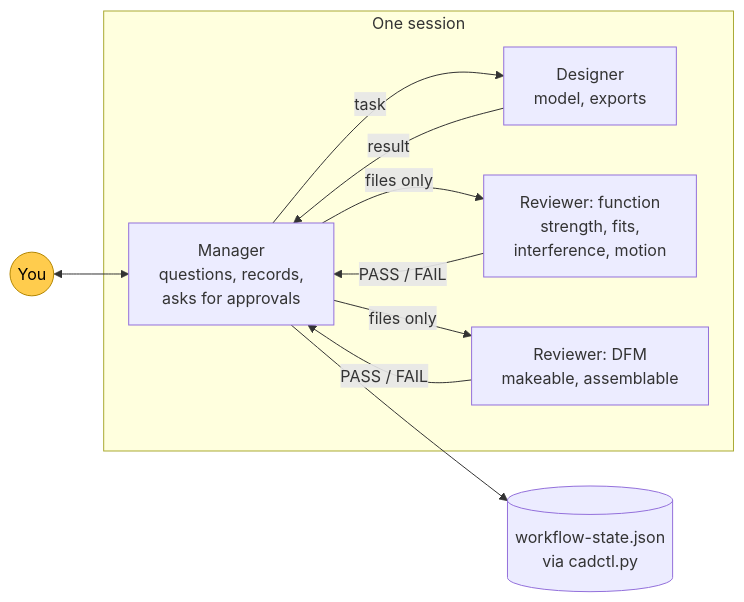
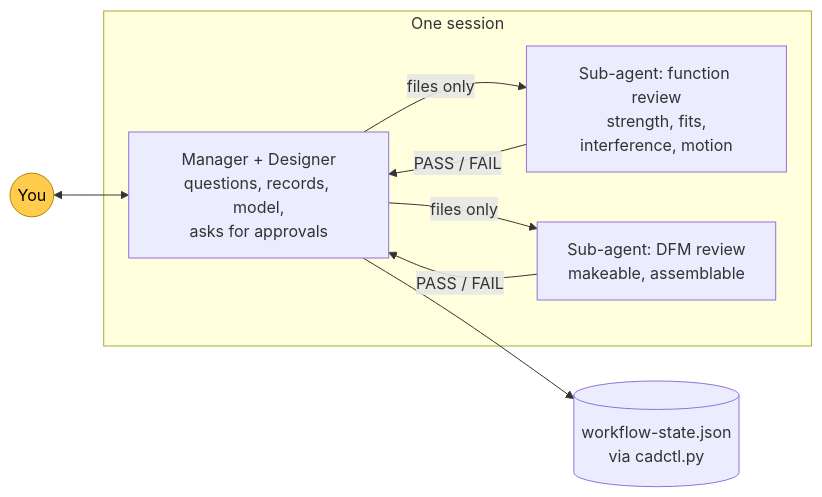
Before and after one commit to d0ukan/cad-for-anything: the second of 5 diagrams in README.md, drawn with Mermaid. The commit also changed other lines of this file and 8 other files, not shown here.

Commit message:
v0.6.1: lower token use (reviews-only sub-agents, CAD access in rules/06, shorter ROLES)

````diff
--- a/README.md
+++ b/README.md
@@ -97,16 +98,14 @@
 ```mermaid
 flowchart LR
-    U((You)) <--> M[Manager<br/>questions, records,<br/>asks for approvals]
+    U((You)) <--> M[Manager + Designer<br/>questions, records, model,<br/>asks for approvals]
     subgraph S[One session]
         M
-        M -- task --> D[Designer<br/>model, exports]
-        M -- files only --> RF[Reviewer: function<br/>strength, fits,<br/>interference, motion]
-        M -- files only --> RD[Reviewer: DFM<br/>makeable, assemblable]
-        D -- result --> M
+        M -- files only --> RF[Sub-agent: function review<br/>strength, fits,<br/>interference, motion]
+        M -- files only --> RD[Sub-agent: DFM review<br/>makeable, assemblable]
         RF -- PASS / FAIL --> M
         RD -- PASS / FAIL --> M
     end
     M --> ST[(workflow-state.json<br/>via cadctl.py)]
     classDef you fill:#ffcc4d,stroke:#b38600,color:#000
     class U you
 ```
````
